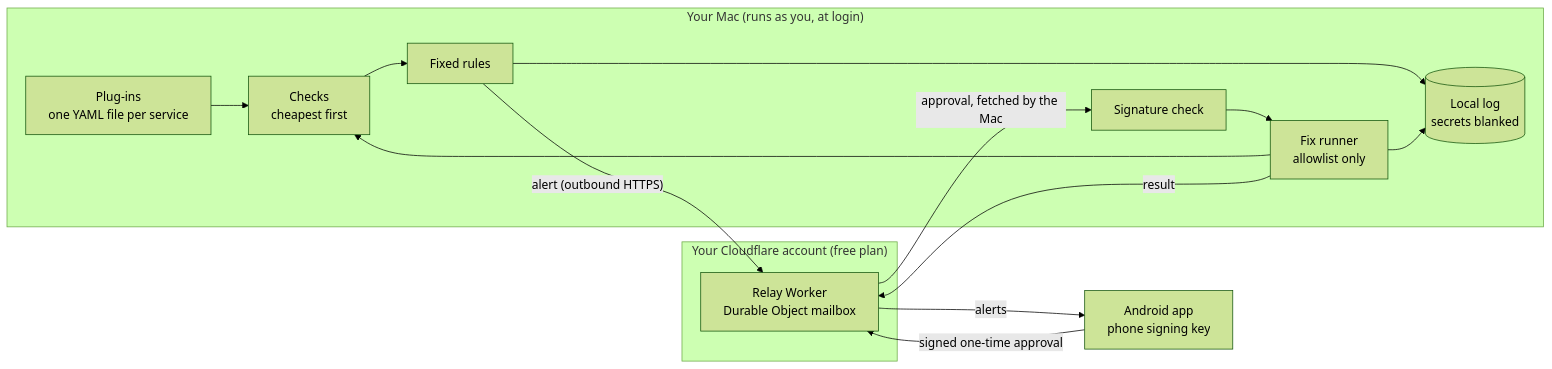
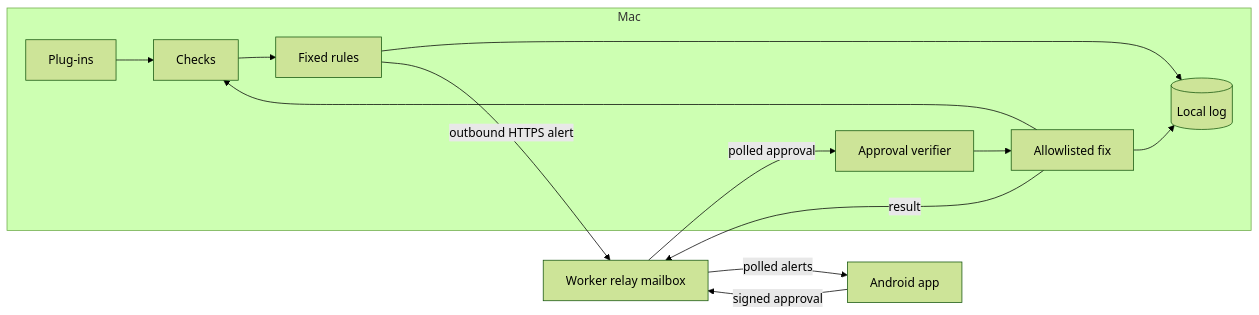
The diagram in README.md (ZeroCool0388/daemon-doctor), drawn with Mermaid (forest theme) before and after one commit. The commit also changed other lines of this file, not shown here.

````diff
--- a/README.md
+++ b/README.md
@@ -64,20 +39,18 @@
 ```mermaid
 flowchart LR
-  subgraph Mac["Your Mac (runs as you, at login)"]
-    P["Plug-ins<br/>one YAML file per service"] --> C["Checks<br/>cheapest first"]
-    C --> R["Fixed rules"]
-    R --> L[("Local log<br/>secrets blanked")]
-    V["Signature check"] --> F["Fix runner<br/>allowlist only"]
+  subgraph Mac[Mac]
+    P[Plug-ins] --> C[Checks]
+    C --> R[Fixed rules]
+    R --> L[(Local log)]
+    V[Approval verifier] --> F[Allowlisted fix]
     F --> C
     F --> L
   end
-  subgraph CF["Your Cloudflare account (free plan)"]
-    W["Relay Worker<br/>Durable Object mailbox"]
-  end
-  Ph["Android app<br/>phone signing key"]
-  R -- "alert (outbound HTTPS)" --> W
-  W -- "approval, fetched by the Mac" --> V
-  F -- "result" --> W
-  W -- "alerts" --> Ph
-  Ph -- "signed one-time approval" --> W
+  W[Worker relay mailbox]
+  Ph[Android app]
+  R -- outbound HTTPS alert --> W
+  Ph -- signed approval --> W
+  W -- polled approval --> V
+  F -- result --> W
+  W -- polled alerts --> Ph
 ```
````
